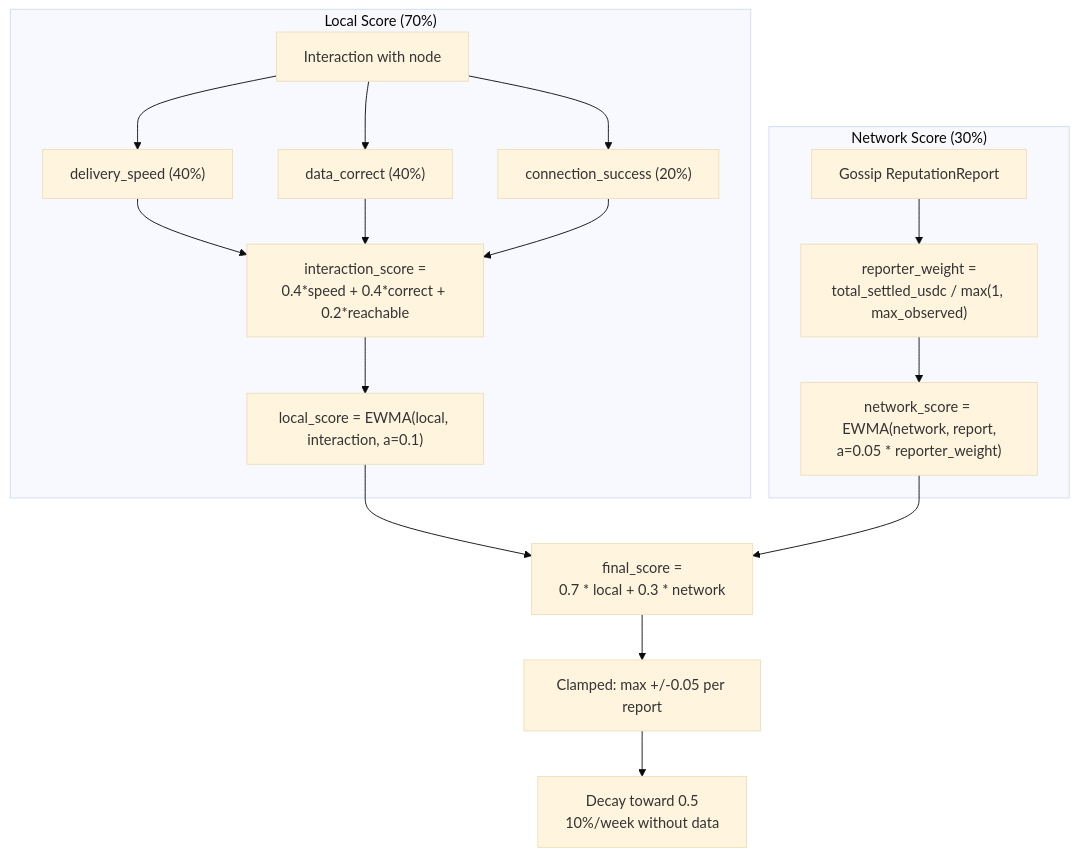
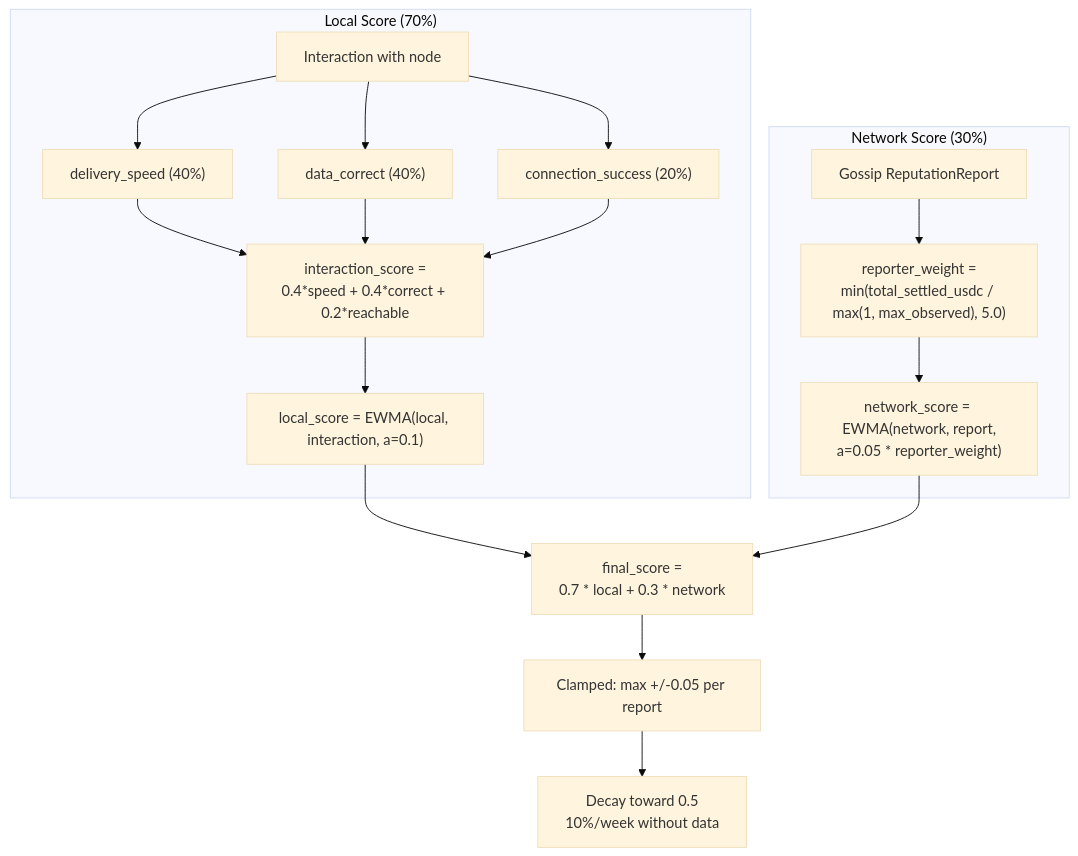
The first of 2 diagrams in adr/008-reputation.md (decdn/decdn), drawn with Mermaid (base theme) before and after one commit. The commit also changed other lines of this file and 1 other file, not shown here.

First line of the commit message:
docs: cap reporter weight and document incumbency bias in ADR 008 (fixes #92)

````diff
--- a/adr/008-reputation.md
+++ b/adr/008-reputation.md
@@ -67,23 +69,23 @@
 ```mermaid
 flowchart TD
     subgraph Local["Local Score (70%)"]
         I[Interaction with node] --> M1["delivery_speed (40%)"]
         I --> M2["data_correct (40%)"]
         I --> M3["connection_success (20%)"]
         M1 --> IS["interaction_score =<br/>0.4*speed + 0.4*correct + 0.2*reachable"]
         M2 --> IS
         M3 --> IS
         IS --> EWMA1["local_score = EWMA(local, interaction, a=0.1)"]
     end
 
     subgraph Network["Network Score (30%)"]
-        GR[Gossip ReputationReport] --> RW["reporter_weight =<br/>total_settled_usdc / max(1, max_observed)"]
+        GR[Gossip ReputationReport] --> RW["reporter_weight =<br/>min(total_settled_usdc / max(1, max_observed), 5.0)"]
         RW --> EWMA2["network_score = EWMA(network, report,<br/>a=0.05 * reporter_weight)"]
     end
 
     EWMA1 --> FINAL["final_score =<br/>0.7 * local + 0.3 * network"]
     EWMA2 --> FINAL
 
     FINAL --> CLAMP["Clamped: max +/-0.05 per report"]
     CLAMP --> DECAY["Decay toward 0.5<br/>10%/week without data"]
 ```
````
